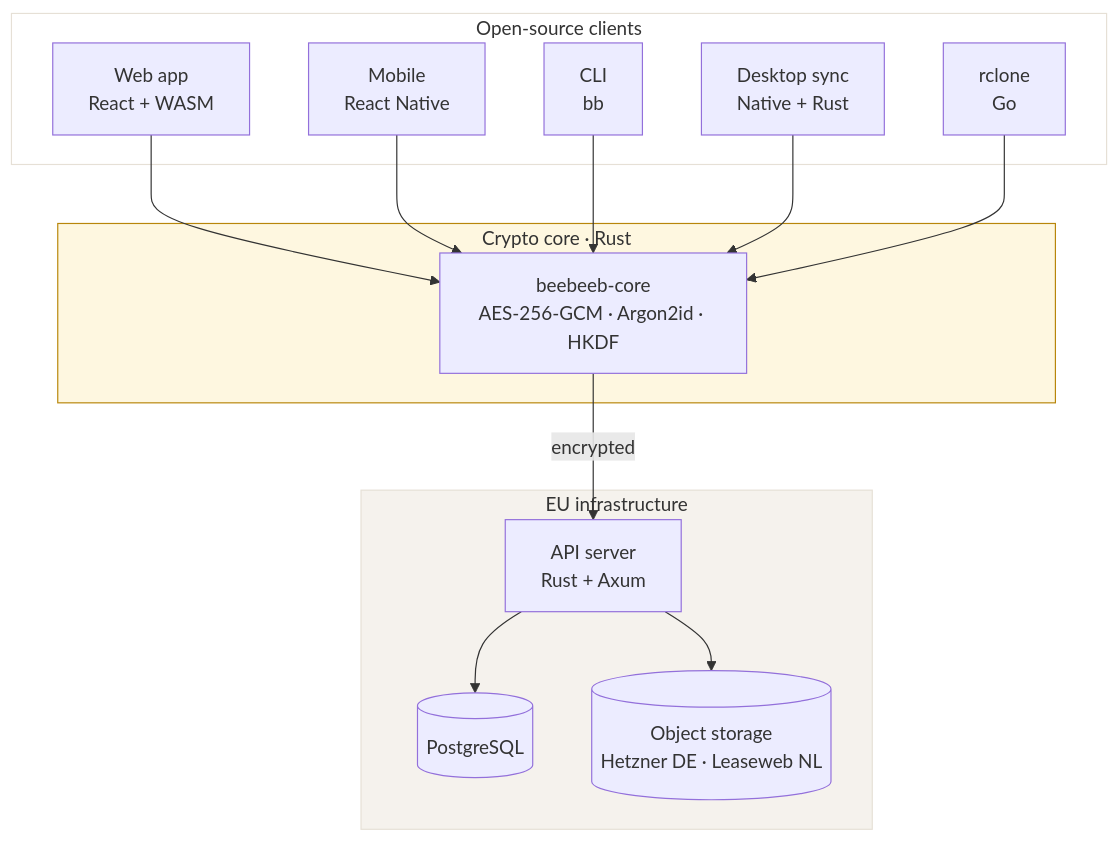
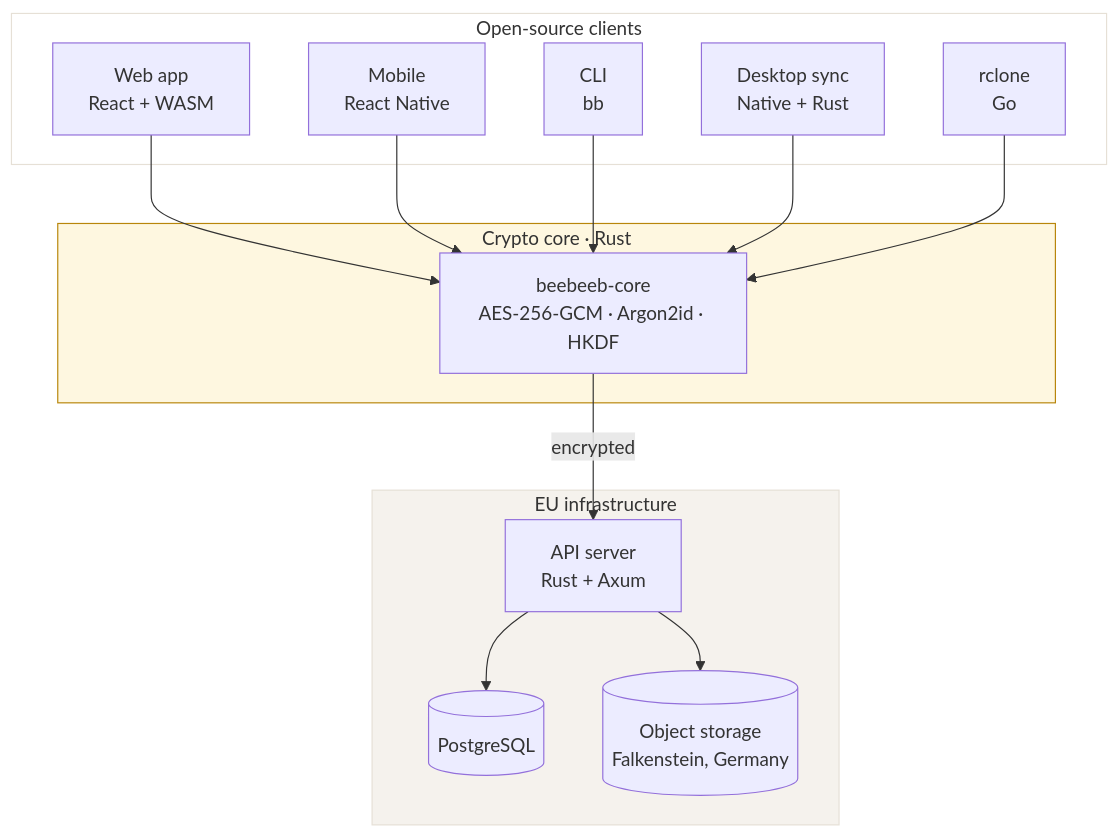
The second of 2 diagrams in profile/README.md (beebeeb-io/.github), drawn with Mermaid before and after one commit. The commit also changed other lines of this file, not shown here.

Commit message:
profile: data residency = Falkenstein, Germany (city not provider) — drop Hetzner/Leaseweb names (DR-1)

````diff
--- a/profile/README.md
+++ b/profile/README.md
@@ -63,29 +63,29 @@
 ```mermaid
 graph TB
     subgraph clients["Open-source clients"]
         WEB[Web app<br/>React + WASM]
         MOB[Mobile<br/>React Native]
         CLI[CLI<br/>bb]
         DSK[Desktop sync<br/>Native + Rust]
         RCL[rclone<br/>Go]
     end
 
     subgraph core["Crypto core · Rust"]
         CORE[beebeeb-core<br/>AES-256-GCM · Argon2id · HKDF]
     end
 
     subgraph infra["EU infrastructure"]
         API[API server<br/>Rust + Axum]
         DB[(PostgreSQL)]
-        S3[(Object storage<br/>Hetzner DE · Leaseweb NL)]
+        S3[(Object storage<br/>Falkenstein, Germany)]
     end
 
     WEB & MOB & CLI & DSK & RCL --> CORE
     CORE -->|encrypted| API
     API --> DB
     API --> S3
 
     style core fill:#fef7e0,stroke:#b8860b
     style infra fill:#f5f2ed,stroke:#e6e0d6
     style clients fill:#fff,stroke:#e6e0d6
 ```
````
